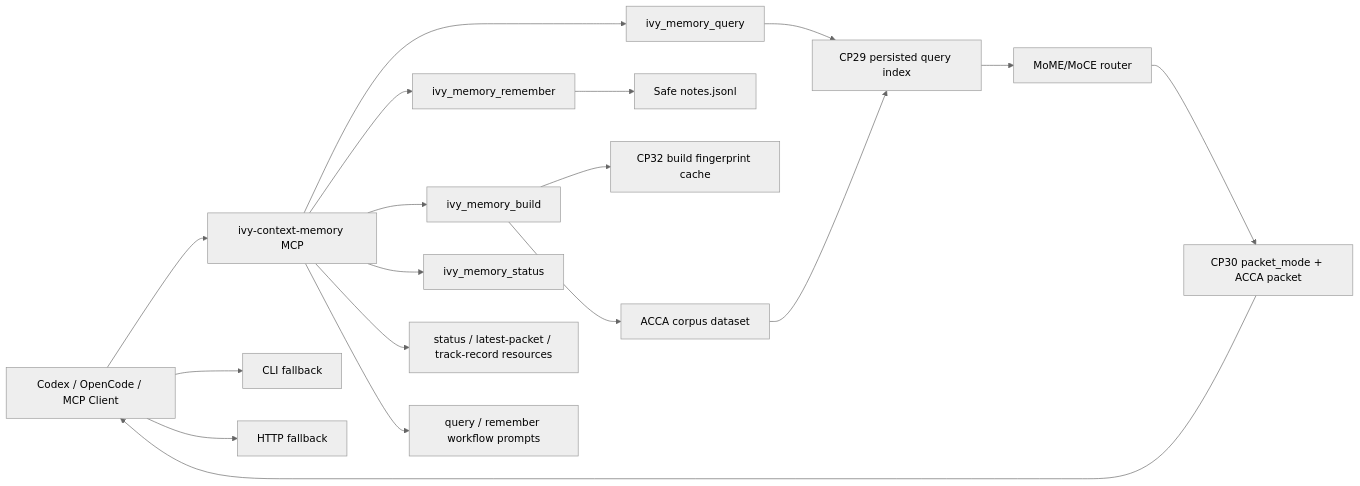
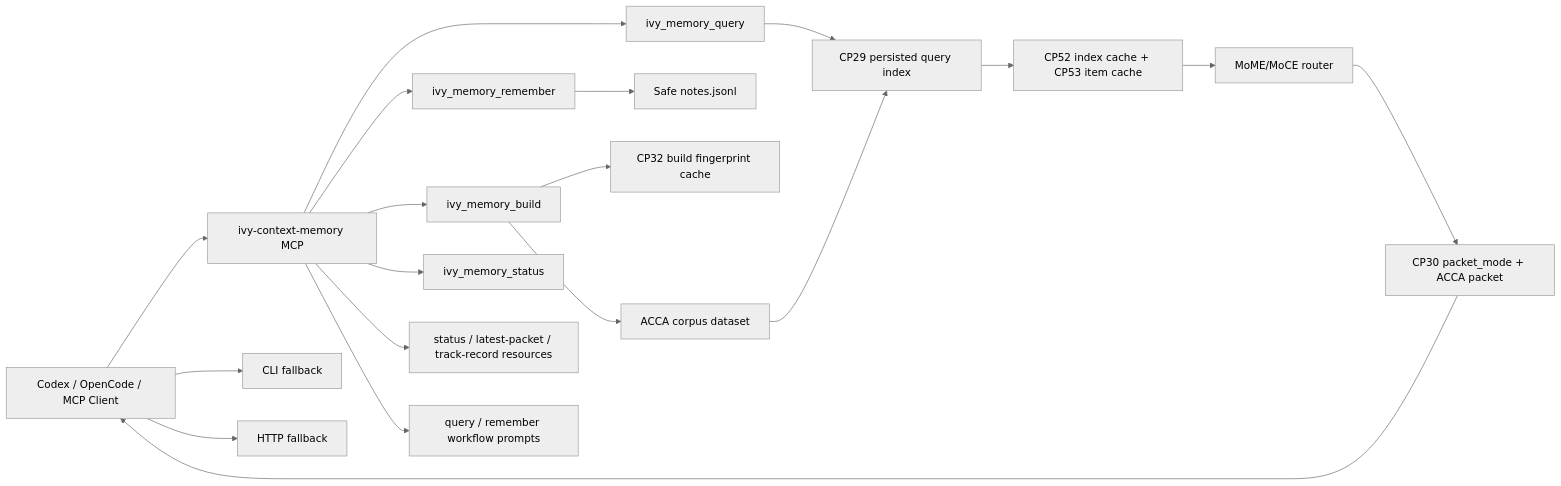
Before and after one commit to arahe-dev/ivy: the diagram in MoME-MoCE-Exp/docs/PLUGIN_SUPERCHARGE_TRACK_RECORD_2026-05-11.md, drawn with Mermaid (neutral theme). The commit also changed other lines of this file and 1 other file, not shown here.

````diff
--- a/MoME-MoCE-Exp/docs/PLUGIN_SUPERCHARGE_TRACK_RECORD_2026-05-11.md
+++ b/MoME-MoCE-Exp/docs/PLUGIN_SUPERCHARGE_TRACK_RECORD_2026-05-11.md
@@ -116,22 +145,23 @@
 ```mermaid
 flowchart LR
   Agent["Codex / OpenCode / MCP Client"] --> MCP["ivy-context-memory MCP"]
   Agent --> CLI["CLI fallback"]
   Agent --> HTTP["HTTP fallback"]
 
   MCP --> Query["ivy_memory_query"]
   MCP --> Remember["ivy_memory_remember"]
   MCP --> Build["ivy_memory_build"]
   MCP --> Status["ivy_memory_status"]
   MCP --> Resources["status / latest-packet / track-record resources"]
   MCP --> Prompts["query / remember workflow prompts"]
 
   Remember --> Notes["Safe notes.jsonl"]
   Build --> Cache["CP32 build fingerprint cache"]
   Build --> Corpus["ACCA corpus dataset"]
   Corpus --> Index["CP29 persisted query index"]
+  Index --> HotCache["CP52 index cache + CP53 item cache"]
   Query --> Index
-  Index --> Router["MoME/MoCE router"]
+  HotCache --> Router["MoME/MoCE router"]
   Router --> Packet["CP30 packet_mode + ACCA packet"]
   Packet --> Agent
 ```
````
